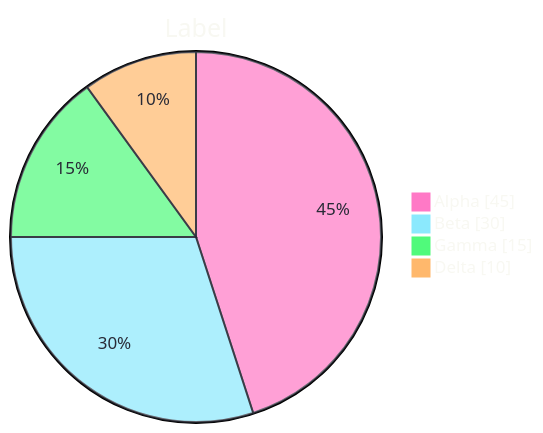
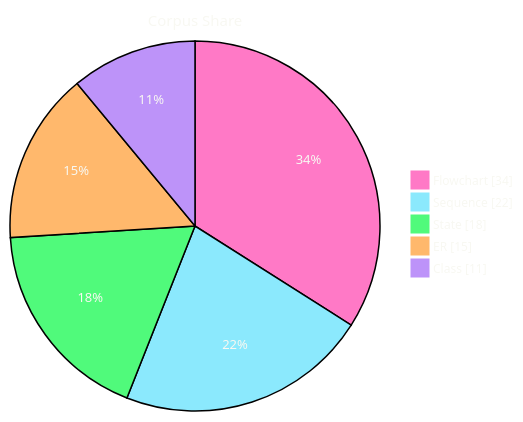
One commit to bsamiee/Rasm changed the fifth of 25 diagrams in .claude/skills/mermaid-diagramming/references/syntax-extended.md. Above: the diagram before and after it, drawn with Mermaid. The commit also changed other lines of this file and 56 other files, not shown here.

````diff
--- a/.claude/skills/mermaid-diagramming/references/syntax-extended.md
+++ b/.claude/skills/mermaid-diagramming/references/syntax-extended.md
@@ -155,28 +271,38 @@
 ```mermaid
 ---
 config:
   theme: base
   look: classic
+  pie:
+    textPosition: 0.7
   themeVariables:
     darkMode: true
     fontFamily: "SF Mono, Menlo, Cascadia Mono, Segoe UI Mono, Consolas, monospace"
     useGradient: false
     dropShadow: "none"
-    pieSectionTextColor: "#282A36"
+    pieOpacity: 1
+    pieOuterStrokeWidth: "0px"
+    pieStrokeWidth: "1.5px"
+    pieSectionTextSize: "13px"
+    pieSectionTextColor: "#F8F8F2"
+    pieLegendTextSize: "12px"
     pieLegendTextColor: "#F8F8F2"
+    pieTitleTextSize: "15px"
     pieTitleTextColor: "#F8F8F2"
-    pieStrokeColor: "#282A36"
     pie1: "#FF79C6"
     pie2: "#8BE9FD"
     pie3: "#50FA7B"
     pie4: "#FFB86C"
+    pie5: "#BD93F9"
+  themeCSS: ".pieCircle{opacity:1}.slice{font-weight:700}.pieCircle:nth-of-type(1){fill:#FF79C680;stroke:#FF79C6}.pieCircle:nth-of-type(2){fill:#8BE9FD66;stroke:#8BE9FD}.pieCircle:nth-of-type(3){fill:#50FA7B66;stroke:#50FA7B}.pieCircle:nth-of-type(4){fill:#FFB86C66;stroke:#FFB86C}.pieCircle:nth-of-type(5){fill:#BD93F980;stroke:#BD93F9}.pieTitleText{font-weight:600}"
 ---
 pie showData
-  accTitle: Share demo
-  accDescr: Four labeled slices with printed percentages.
-  title Label
-  "Alpha" : 45
-  "Beta" : 30
-  "Gamma" : 15
-  "Delta" : 10
+  accTitle: Render corpus share
+  accDescr: Five diagram families split the committed corpus, flowchart holding the largest share.
+  title Corpus Share
+  "Flowchart" : 34
+  "Sequence" : 22
+  "State" : 18
+  "ER" : 15
+  "Class" : 11
 ```
````
